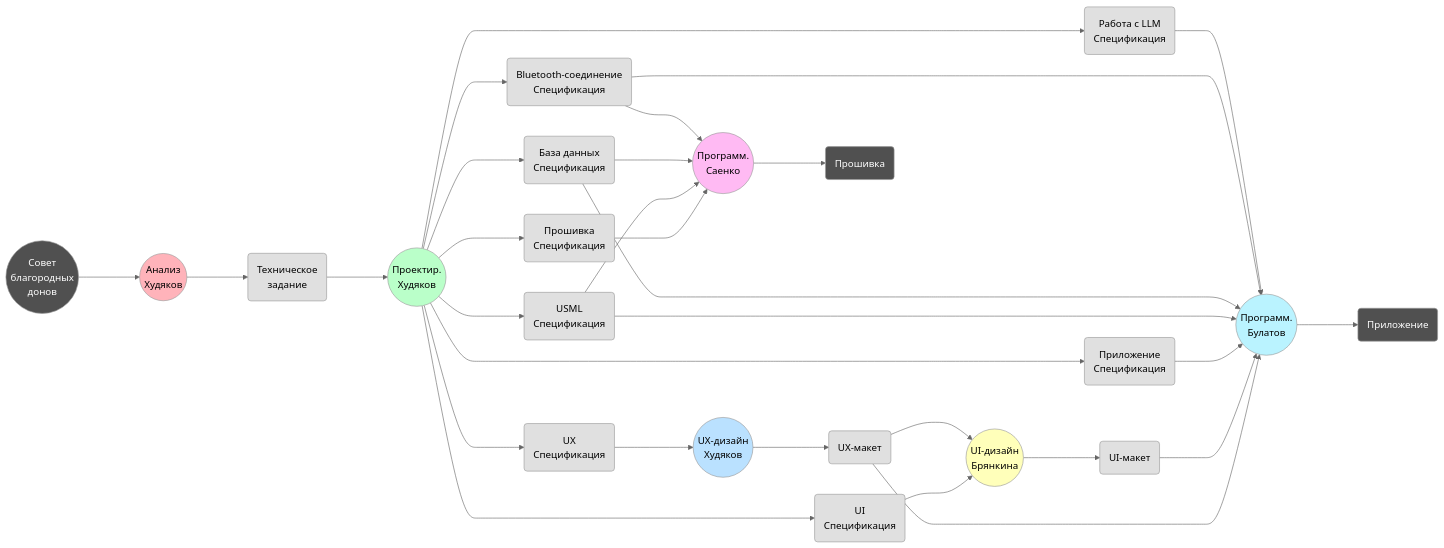
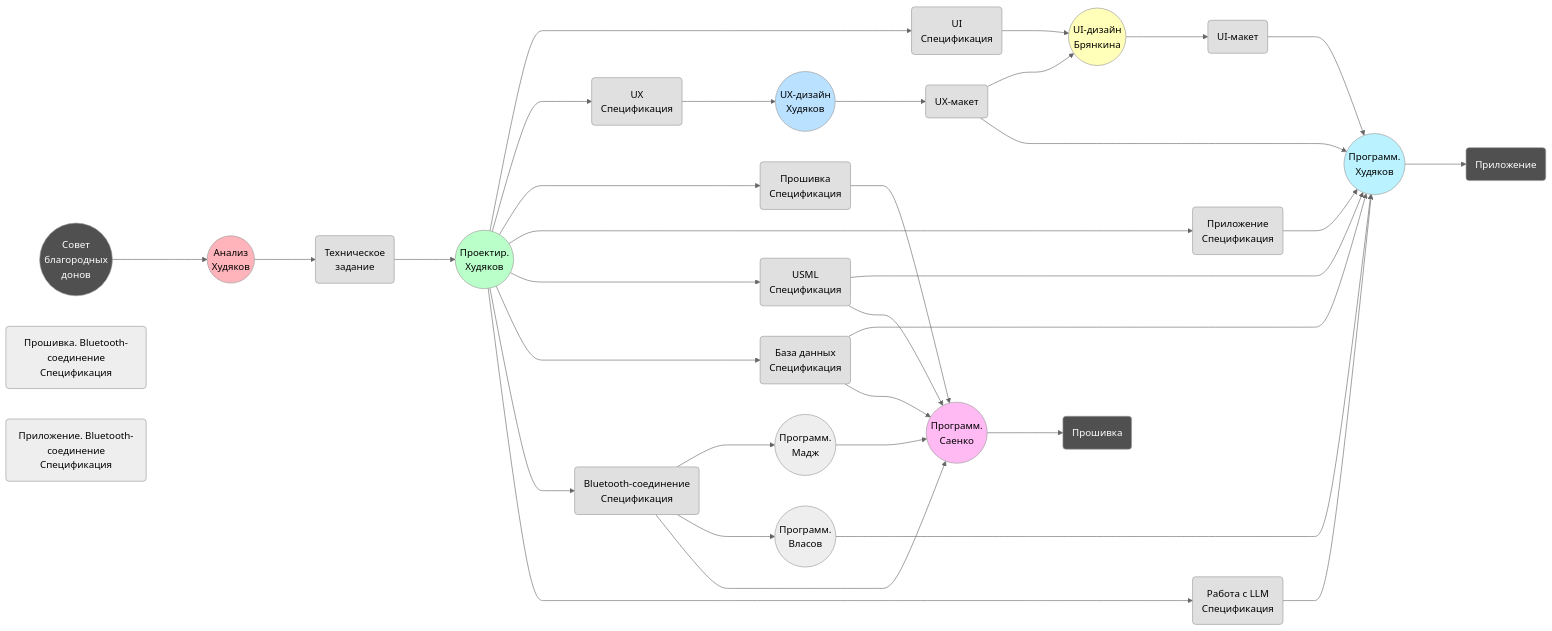
The diagram in Project/process.md (KhudyakovAlex/Synapse), drawn with Mermaid (neutral theme) before and after one commit. The commit also changed 2 other files, not shown here.

Commit message:
бновлена схема процесса разработки: добавлены узлы Bluetooth-спецификаций

```diff
--- a/Project/process.md
+++ b/Project/process.md
@@ -16,6 +16,10 @@
     DSDB(База данных<br>Спецификация)
     DSP(USML<br>Спецификация)
     DSB(Bluetooth-соединение<br>Спецификация)
+    DSFWB(Прошивка. Bluetooth-соединение<br>Спецификация)
+    FWB(( Программ.<br>Мадж ))
+    DSAPPB(Приложение. Bluetooth-соединение<br>Спецификация)
+    APPB(( Программ.<br>Власов ))
     DSLLM(Работа с LLM<br>Спецификация)
     DSFW(Прошивка<br>Спецификация)
     
@@ -23,7 +27,7 @@
 
     UIUXD((UX-дизайн<br>Худяков))
     UIUX( UX-макет )
-    APPD(( Программ.<br>Булатов ))
+    APPD(( Программ.<br>Худяков ))
 
     FWD(( Программ.<br>Саенко ))
 
@@ -56,7 +60,10 @@
     DSAPP ---> APPD
     DSP ---> APPD
     DSDB ---> APPD
-    DSB ---> APPD
+    DSB ---> FWB
+    DSB ---> APPB
+    FWB ---> FWD
+    APPB ---> APPD
     DSLLM ---> APPD
 
     DSFW ---> FWD
```
